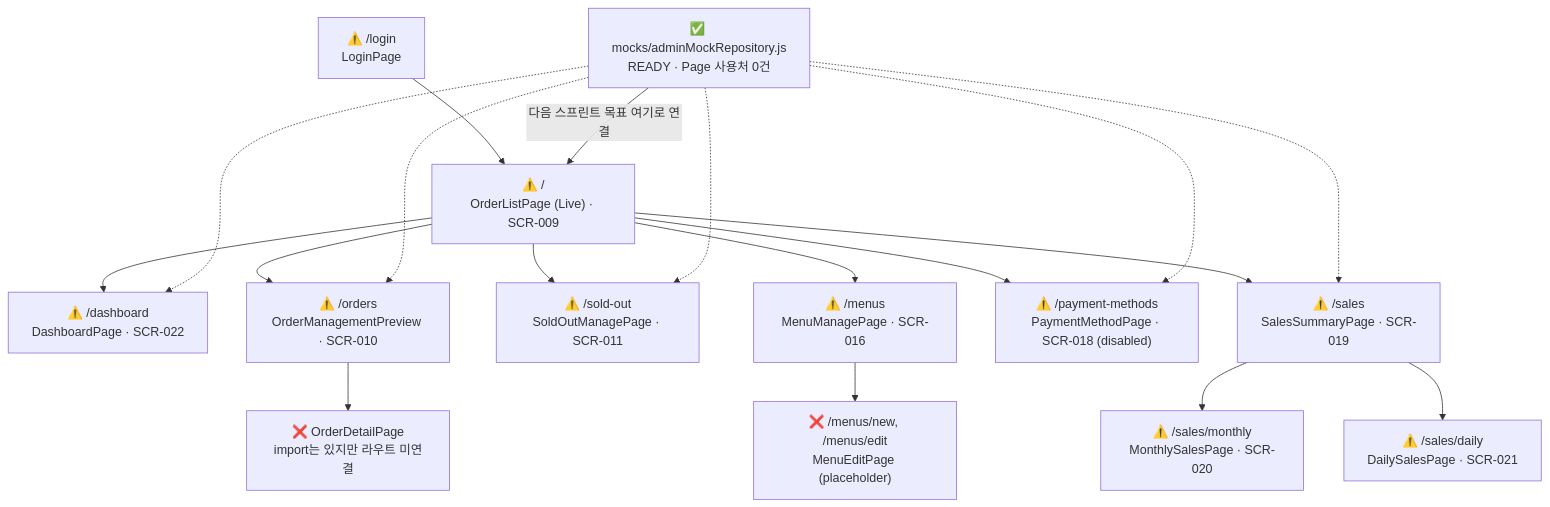
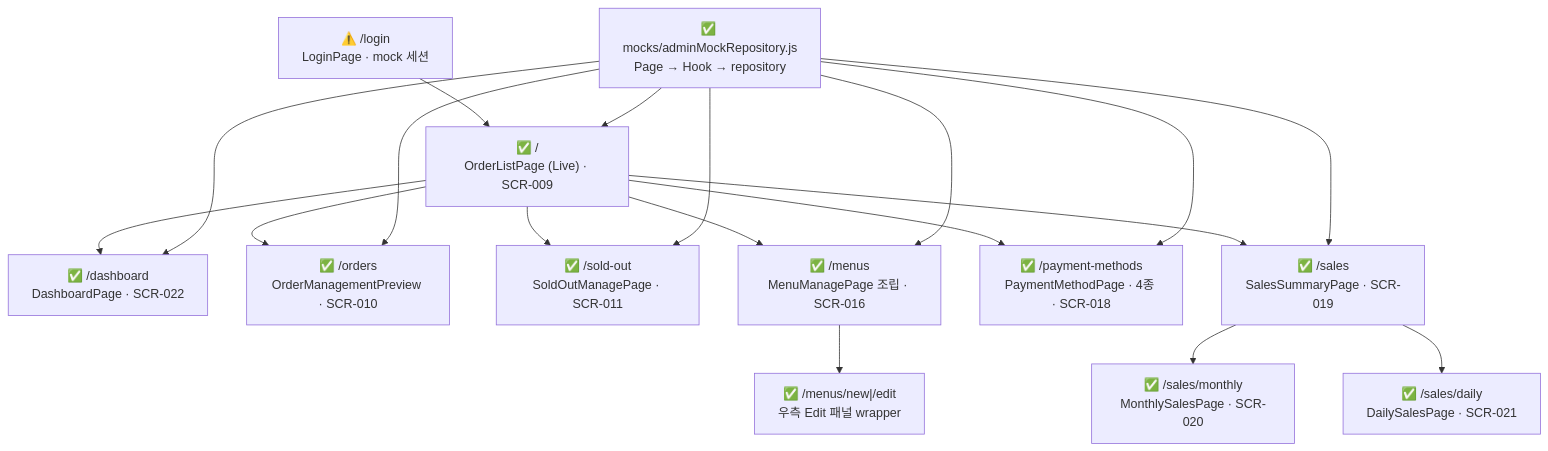
One commit to hagenie128/ASAK changed the third of 6 diagrams in docs/wiki/project-flow.md. Above: the diagram before and after it, drawn with Mermaid. The commit also changed other lines of this file and 25 other files, not shown here.

````diff
--- a/docs/wiki/project-flow.md
+++ b/docs/wiki/project-flow.md
@@ -90,33 +92,33 @@
 ```mermaid
 flowchart TB
-    Login["⚠️ /login<br/>LoginPage"]
-    Live["⚠️ /<br/>OrderListPage (Live) · SCR-009"]
-    Dashboard["⚠️ /dashboard<br/>DashboardPage · SCR-022"]
-    Orders["⚠️ /orders<br/>OrderManagementPreview · SCR-010"]
-    OrderDetail["❌ OrderDetailPage<br/>import는 있지만 라우트 미연결"]
-    SoldOut["⚠️ /sold-out<br/>SoldOutManagePage · SCR-011"]
-    Menus["⚠️ /menus<br/>MenuManagePage · SCR-016"]
-    MenuEdit["❌ /menus/new, /menus/edit<br/>MenuEditPage (placeholder)"]
-    Payments["⚠️ /payment-methods<br/>PaymentMethodPage · SCR-018 (disabled)"]
-    Sales["⚠️ /sales<br/>SalesSummaryPage · SCR-019"]
-    Monthly["⚠️ /sales/monthly<br/>MonthlySalesPage · SCR-020"]
-    Daily["⚠️ /sales/daily<br/>DailySalesPage · SCR-021"]
+    Login["⚠️ /login<br/>LoginPage · mock 세션"]
+    Live["✅ /<br/>OrderListPage (Live) · SCR-009"]
+    Dashboard["✅ /dashboard<br/>DashboardPage · SCR-022"]
+    Orders["✅ /orders<br/>OrderManagementPreview · SCR-010"]
+    SoldOut["✅ /sold-out<br/>SoldOutManagePage · SCR-011"]
+    Menus["✅ /menus<br/>MenuManagePage 조립 · SCR-016"]
+    MenuEdit["✅ /menus/new|/edit<br/>우측 Edit 패널 wrapper"]
+    Payments["✅ /payment-methods<br/>PaymentMethodPage · 4종 · SCR-018"]
+    Sales["✅ /sales<br/>SalesSummaryPage · SCR-019"]
+    Monthly["✅ /sales/monthly<br/>MonthlySalesPage · SCR-020"]
+    Daily["✅ /sales/daily<br/>DailySalesPage · SCR-021"]
 
     Login --> Live
     Live --> Dashboard
-    Live --> Orders --> OrderDetail
+    Live --> Orders
     Live --> SoldOut
     Live --> Menus --> MenuEdit
     Live --> Payments
     Live --> Sales
     Sales --> Monthly
     Sales --> Daily
 
-    Mock["✅ mocks/adminMockRepository.js<br/>READY · Page 사용처 0건"]
-    Mock -->|다음 스프린트 목표 여기로 연결| Live
-    Mock -.-> Dashboard
-    Mock -.-> Orders
-    Mock -.-> SoldOut
-    Mock -.-> Payments
-    Mock -.-> Sales
+    Mock["✅ mocks/adminMockRepository.js<br/>Page → Hook → repository"]
+    Mock --> Live
+    Mock --> Dashboard
+    Mock --> Orders
+    Mock --> SoldOut
+    Mock --> Menus
+    Mock --> Payments
+    Mock --> Sales
 ```
````
